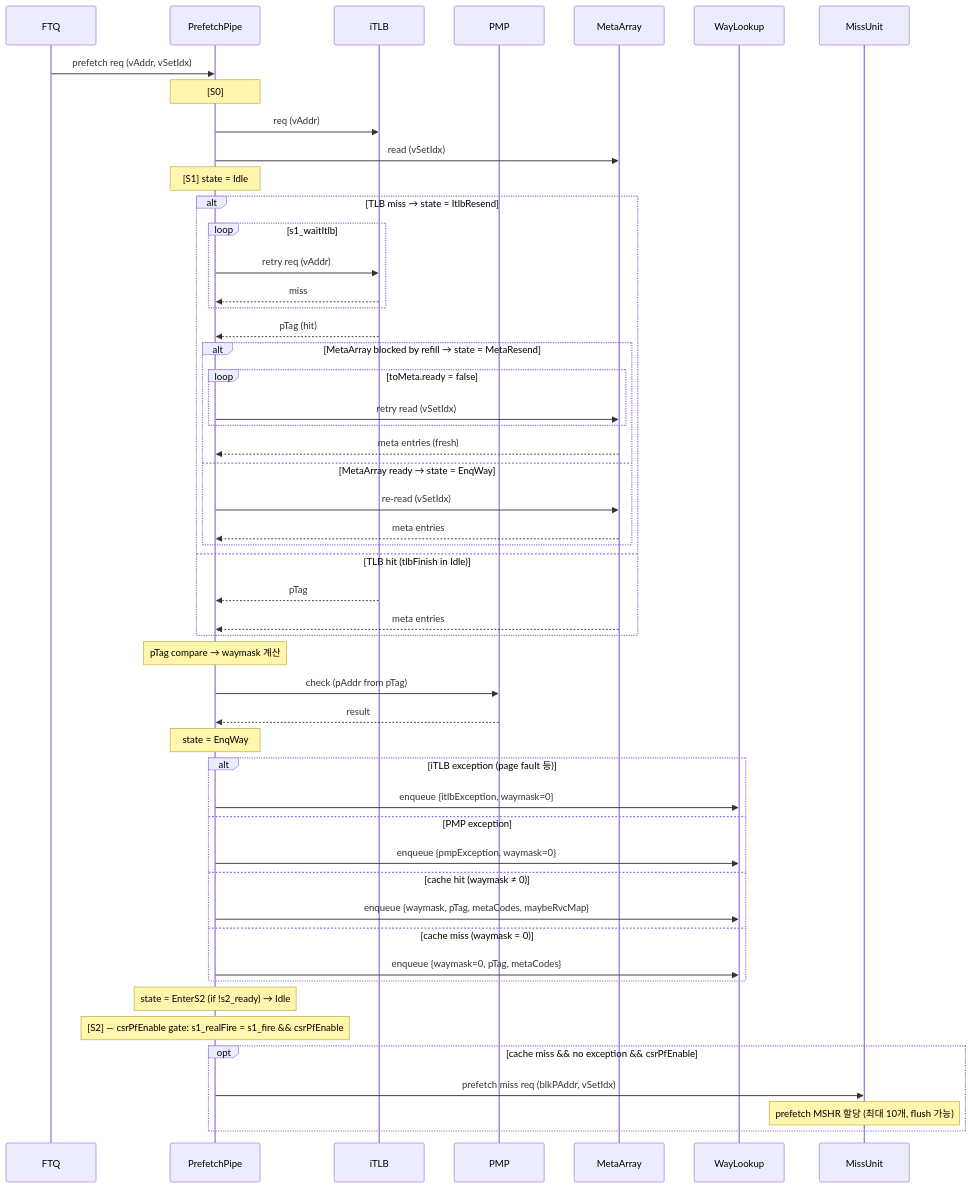
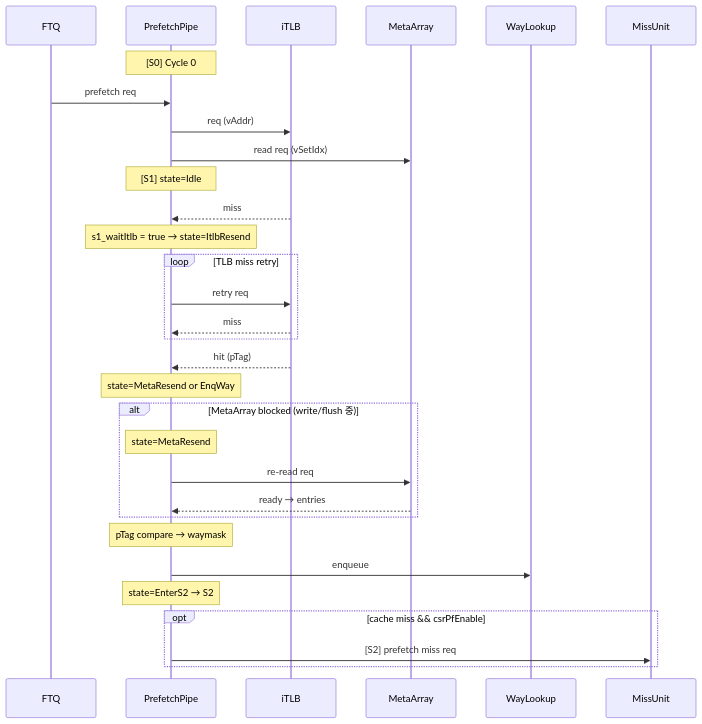
Before and after one commit to cinkeun/CPU_XS_02172026: the second of 5 diagrams in src/main/scala/xiangshan/frontend/doc/icache_analysis.md, drawn with Mermaid. The commit also changed other lines of this file, not shown here.

````diff
--- a/src/main/scala/xiangshan/frontend/doc/icache_analysis.md
+++ b/src/main/scala/xiangshan/frontend/doc/icache_analysis.md
@@ -923,63 +644,40 @@
 ```mermaid
 sequenceDiagram
     participant FTQ
     participant PP as PrefetchPipe
     participant TLB as iTLB
-    participant PMP
     participant Meta as MetaArray
     participant WL as WayLookup
     participant MU as MissUnit
 
-    FTQ ->> PP: prefetch req (vAddr, vSetIdx)
+    Note over PP: [S0] Cycle 0
+    FTQ ->> PP: prefetch req
+    PP ->> TLB: req (vAddr)
+    PP ->> Meta: read req (vSetIdx)
 
-    Note over PP: [S0]
-    PP ->> TLB: req (vAddr)
-    PP ->> Meta: read (vSetIdx)
+    Note over PP: [S1] state=Idle
+    TLB -->> PP: miss
+    Note over PP: s1_waitItlb = true → state=ItlbResend
 
-    Note over PP: [S1] state = Idle
-
-    alt TLB miss → state = ItlbResend
-        loop s1_waitItlb
-            PP ->> TLB: retry req (vAddr)
-            TLB -->> PP: miss
-        end
-        TLB -->> PP: pTag (hit)
-
-        alt MetaArray blocked by refill → state = MetaResend
-            loop toMeta.ready = false
-                PP ->> Meta: retry read (vSetIdx)
-            end
-            Meta -->> PP: meta entries (fresh)
-        else MetaArray ready → state = EnqWay
-            PP ->> Meta: re-read (vSetIdx)
-            Meta -->> PP: meta entries
-        end
-
-    else TLB hit (tlbFinish in Idle)
-        TLB -->> PP: pTag
-        Meta -->> PP: meta entries
+    loop TLB miss retry
+        PP ->> TLB: retry req
+        TLB -->> PP: miss
     end
 
-    Note over PP: pTag compare → waymask 계산
-    PP ->> PMP: check (pAddr from pTag)
-    PMP -->> PP: result
+    TLB -->> PP: hit (pTag)
+    Note over PP: state=MetaResend or EnqWay
 
-    Note over PP: state = EnqWay
-    alt iTLB exception (page fault 등)
-        PP ->> WL: enqueue {itlbException, waymask=0}
-    else PMP exception
-        PP ->> WL: enqueue {pmpException, waymask=0}
-    else cache hit (waymask ≠ 0)
-        PP ->> WL: enqueue {waymask, pTag, metaCodes, maybeRvcMap}
-    else cache miss (waymask = 0)
-        PP ->> WL: enqueue {waymask=0, pTag, metaCodes}
+    alt MetaArray blocked (write/flush 중)
+        Note over PP: state=MetaResend
+        PP ->> Meta: re-read req
+        Meta -->> PP: ready → entries
     end
 
-    Note over PP: state = EnterS2 (if !s2_ready) → Idle
-    Note over PP: [S2] — csrPfEnable gate: s1_realFire = s1_fire && csrPfEnable
+    Note over PP: pTag compare → waymask
+    PP ->> WL: enqueue
+    Note over PP: state=EnterS2 → S2
 
-    opt cache miss && no exception && csrPfEnable
-        PP ->> MU: prefetch miss req (blkPAddr, vSetIdx)
-        Note over MU: prefetch MSHR 할당 (최대 10개, flush 가능)
+    opt cache miss && csrPfEnable
+        PP ->> MU: [S2] prefetch miss req
     end
 ```
````
